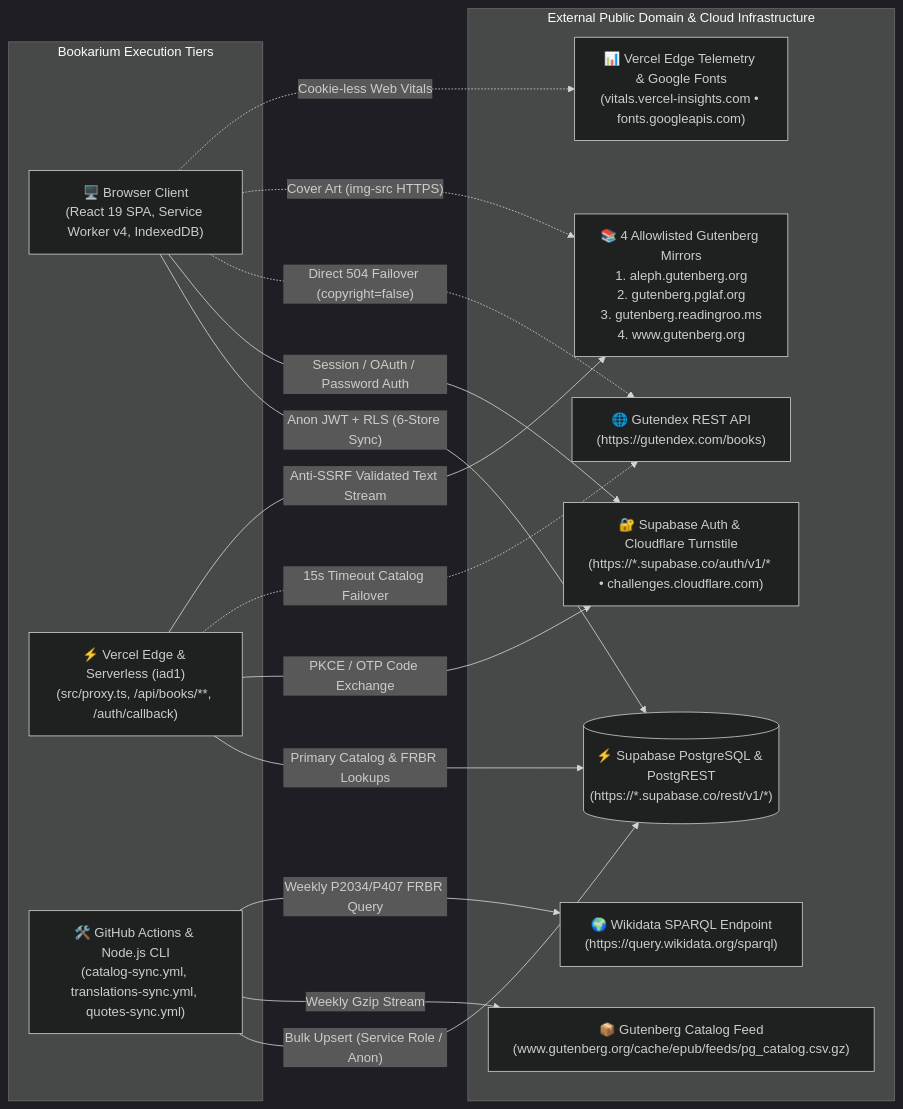
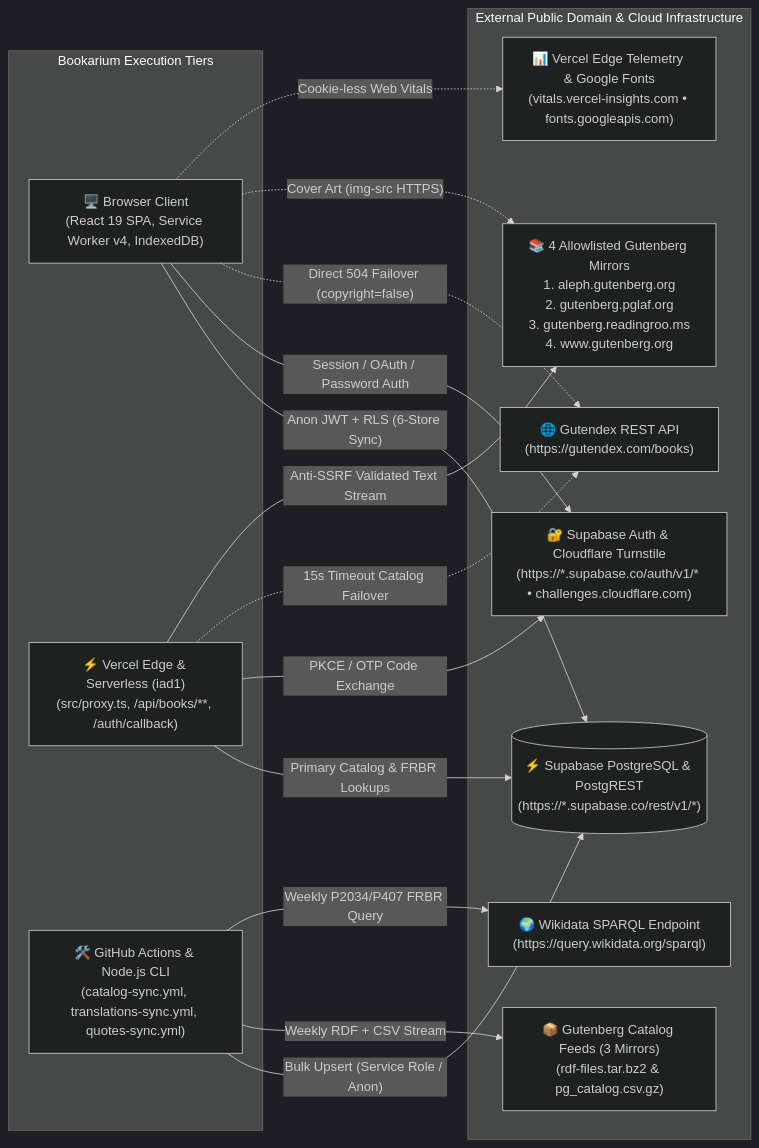
Before and after one commit to calin-m/Bookarium: the tenth of 12 diagrams in docs/ARCHITECTURE.md, drawn with Mermaid (dark theme). The commit also changed other lines of this file and 12 other files, not shown here.

First line of the commit message:
perf(catalog): optimize search vector trigger and harden rdf catalog ingestion

````diff
--- a/docs/ARCHITECTURE.md
+++ b/docs/ARCHITECTURE.md
@@ -1450,31 +1450,31 @@
 ```mermaid
 flowchart LR
     subgraph BookariumRuntime ["Bookarium Execution Tiers"]
         BrowserTier["🖥️ Browser Client\n(React 19 SPA, Service Worker v4, IndexedDB)"]
         EdgeTier["⚡ Vercel Edge & Serverless (iad1)\n(src/proxy.ts, /api/books/**, /auth/callback)"]
         CLITier["🛠️ GitHub Actions & Node.js CLI\n(catalog-sync.yml, translations-sync.yml, quotes-sync.yml)"]
     end
 
     subgraph ExternalSystems ["External Public Domain & Cloud Infrastructure"]
         SupaDB[("⚡ Supabase PostgreSQL & PostgREST\n(https://*.supabase.co/rest/v1/*)")]
         SupaAuth["🔐 Supabase Auth & Cloudflare Turnstile\n(https://*.supabase.co/auth/v1/* • challenges.cloudflare.com)"]
         GutendexAPI["🌐 Gutendex REST API\n(https://gutendex.com/books)"]
         GutenbergMirrors["📚 4 Allowlisted Gutenberg Mirrors\n1. aleph.gutenberg.org\n2. gutenberg.pglaf.org\n3. gutenberg.readingroo.ms\n4. www.gutenberg.org"]
-        GutenbergFeeds["📦 Gutenberg Catalog Feed\n(www.gutenberg.org/cache/epub/feeds/pg_catalog.csv.gz)"]
+        GutenbergFeeds["📦 Gutenberg Catalog Feeds (3 Mirrors)\n(rdf-files.tar.bz2 & pg_catalog.csv.gz)"]
         WikidataAPI["🌍 Wikidata SPARQL Endpoint\n(https://query.wikidata.org/sparql)"]
         VercelRUM["📊 Vercel Edge Telemetry & Google Fonts\n(vitals.vercel-insights.com • fonts.googleapis.com)"]
     end
 
     BrowserTier -->|"Anon JWT + RLS (6-Store Sync)"| SupaDB
     BrowserTier -->|"Session / OAuth / Password Auth"| SupaAuth
     BrowserTier -.->|"Direct 504 Failover (copyright=false)"| GutendexAPI
     BrowserTier -.->|"Cover Art (img-src HTTPS)"| GutenbergMirrors
     BrowserTier -.->|"Cookie-less Web Vitals"| VercelRUM
     EdgeTier -->|"Primary Catalog & FRBR Lookups"| SupaDB
     EdgeTier -->|"PKCE / OTP Code Exchange"| SupaAuth
     EdgeTier -.->|"15s Timeout Catalog Failover"| GutendexAPI
     EdgeTier -->|"Anti-SSRF Validated Text Stream"| GutenbergMirrors
     CLITier -->|"Bulk Upsert (Service Role / Anon)"| SupaDB
-    CLITier -->|"Weekly Gzip Stream"| GutenbergFeeds
+    CLITier -->|"Weekly RDF + CSV Stream"| GutenbergFeeds
     CLITier -->|"Weekly P2034/P407 FRBR Query"| WikidataAPI
 ```
````
